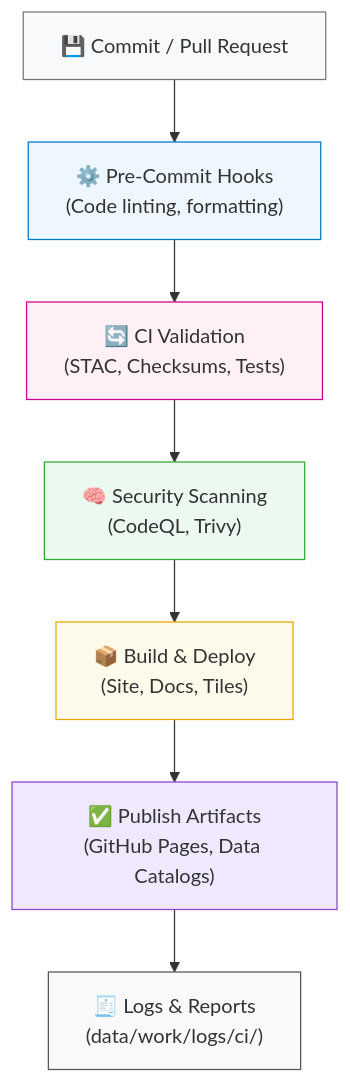
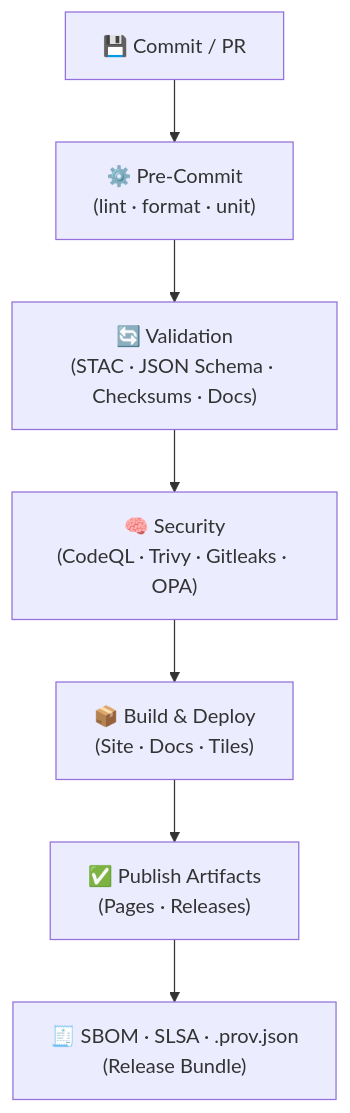
The first of 2 diagrams in docs/architecture/ci-cd.md (bartytime4life/Kansas-Frontier-Matrix), drawn with Mermaid before and after one commit. The commit also changed other lines of this file, not shown here.

`````diff
--- a/docs/architecture/ci-cd.md
+++ b/docs/architecture/ci-cd.md
@@ -39,17 +73,9 @@
 ```mermaid
 flowchart TD
-  A["💾 Commit / Pull Request"] --> B["⚙️ Pre-Commit Hooks\n(Code linting, formatting)"]
-  B --> C["🔄 CI Validation\n(STAC, Checksums, Tests)"]
-  C --> D["🧠 Security Scanning\n(CodeQL, Trivy)"]
-  D --> E["📦 Build & Deploy\n(Site, Docs, Tiles)"]
-  E --> F["✅ Publish Artifacts\n(GitHub Pages, Data Catalogs)"]
-  F --> G["🧾 Logs & Reports\n(data/work/logs/ci/)"]
-
-  style A fill:#f8f9fa,stroke:#777
-  style B fill:#eef7ff,stroke:#0077cc
-  style C fill:#fff0f5,stroke:#cc0088
-  style D fill:#ecf9f0,stroke:#33aa33
-  style E fill:#fffbea,stroke:#e8a500
-  style F fill:#f0e8ff,stroke:#8844cc
-  style G fill:#f9f9f9,stroke:#555
-````
+  A["💾 Commit / PR"] --> B["⚙️ Pre-Commit\n(lint · format · unit)"]
+  B --> C["🔄 Validation\n(STAC · JSON Schema · Checksums · Docs)"]
+  C --> D["🧠 Security\n(CodeQL · Trivy · Gitleaks · OPA)"]
+  D --> E["📦 Build & Deploy\n(Site · Docs · Tiles)"]
+  E --> F["✅ Publish Artifacts\n(Pages · Releases)"]
+  F --> G["🧾 SBOM · SLSA · .prov.json\n(Release Bundle)"]
+```
`````
